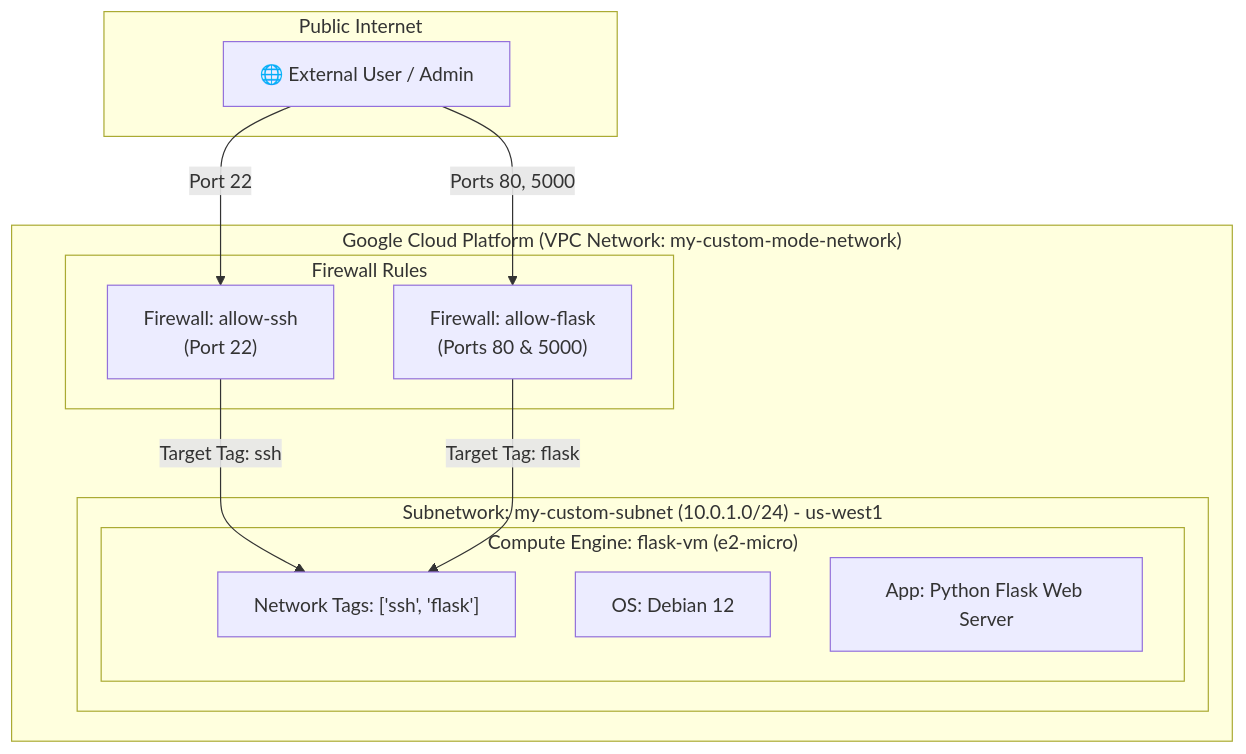
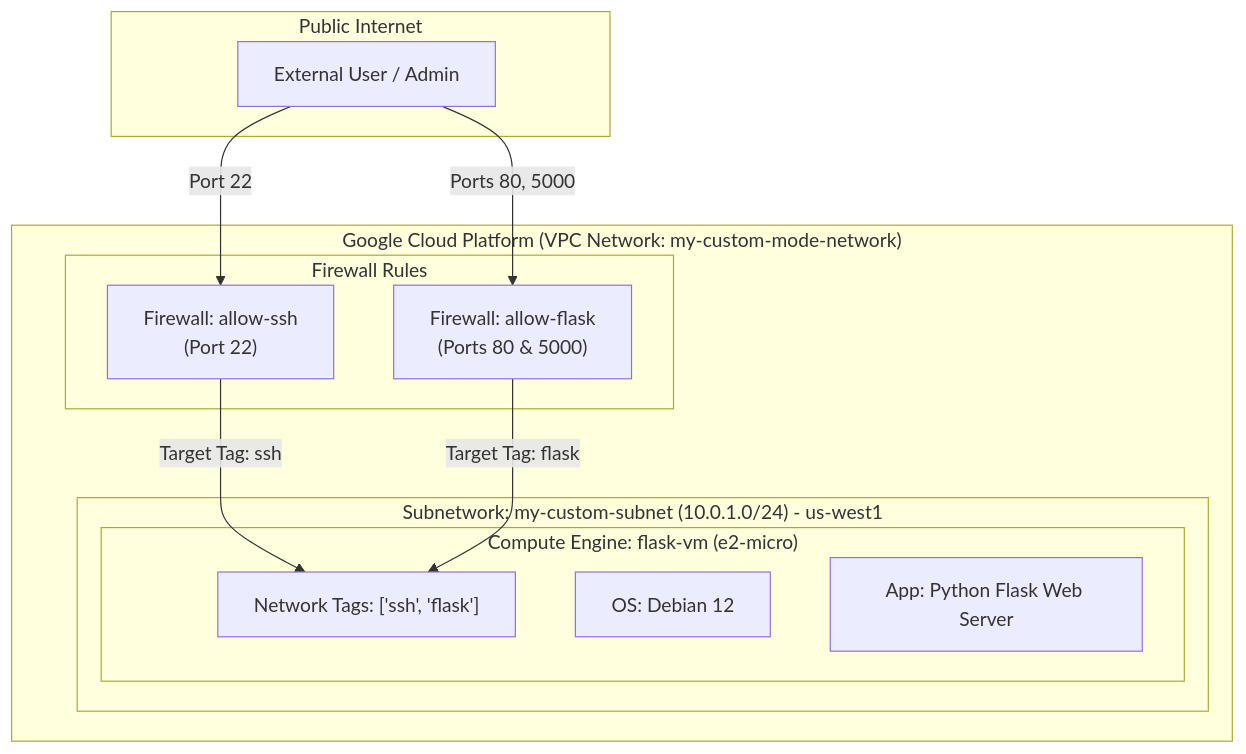
One commit to IHesamI/mmc-cs-docs changed the diagram in docs/terraform-temp.md. Above: the diagram before and after it, drawn with Mermaid. The commit also changed other lines of this file and 3 other files, not shown here.

````diff
--- a/docs/terraform-temp.md
+++ b/docs/terraform-temp.md
@@ -24,26 +24,26 @@
 ```mermaid
 graph TD
     subgraph Internet ["Public Internet"]
-        Client["🌐 External User / Admin"]
+        Client["External User / Admin"]
     end
 
     subgraph GCP ["Google Cloud Platform (VPC Network: my-custom-mode-network)"]
         subgraph FW ["Firewall Rules"]
             FW_SSH["Firewall: allow-ssh<br/>(Port 22)"]
             FW_Flask["Firewall: allow-flask<br/>(Ports 80 & 5000)"]
         end
 
         subgraph Subnet ["Subnetwork: my-custom-subnet (10.0.1.0/24) - us-west1"]
             subgraph VM ["Compute Engine: flask-vm (e2-micro)"]
                 Tags["Network Tags: ['ssh', 'flask']"]
                 OS["OS: Debian 12"]
                 App["App: Python Flask Web Server"]
             end
         end
     end
 
     Client -->|Port 22| FW_SSH
     Client -->|Ports 80, 5000| FW_Flask
     FW_SSH -->|Target Tag: ssh| Tags
     FW_Flask -->|Target Tag: flask| Tags
 ```
````
